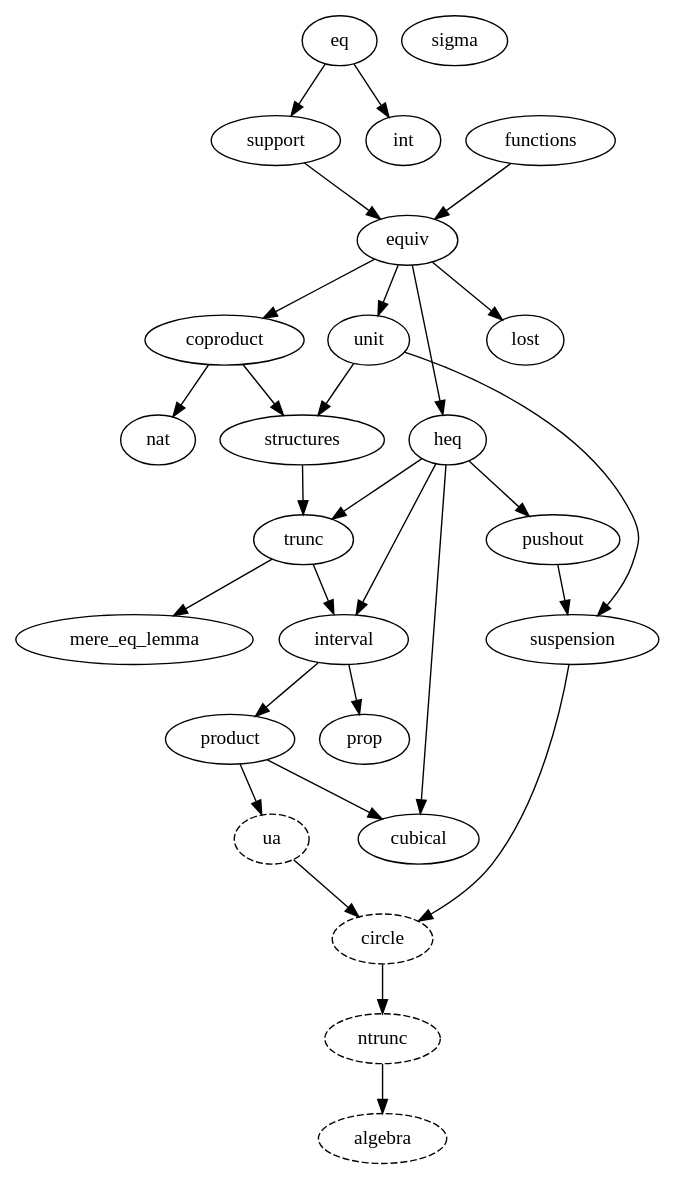
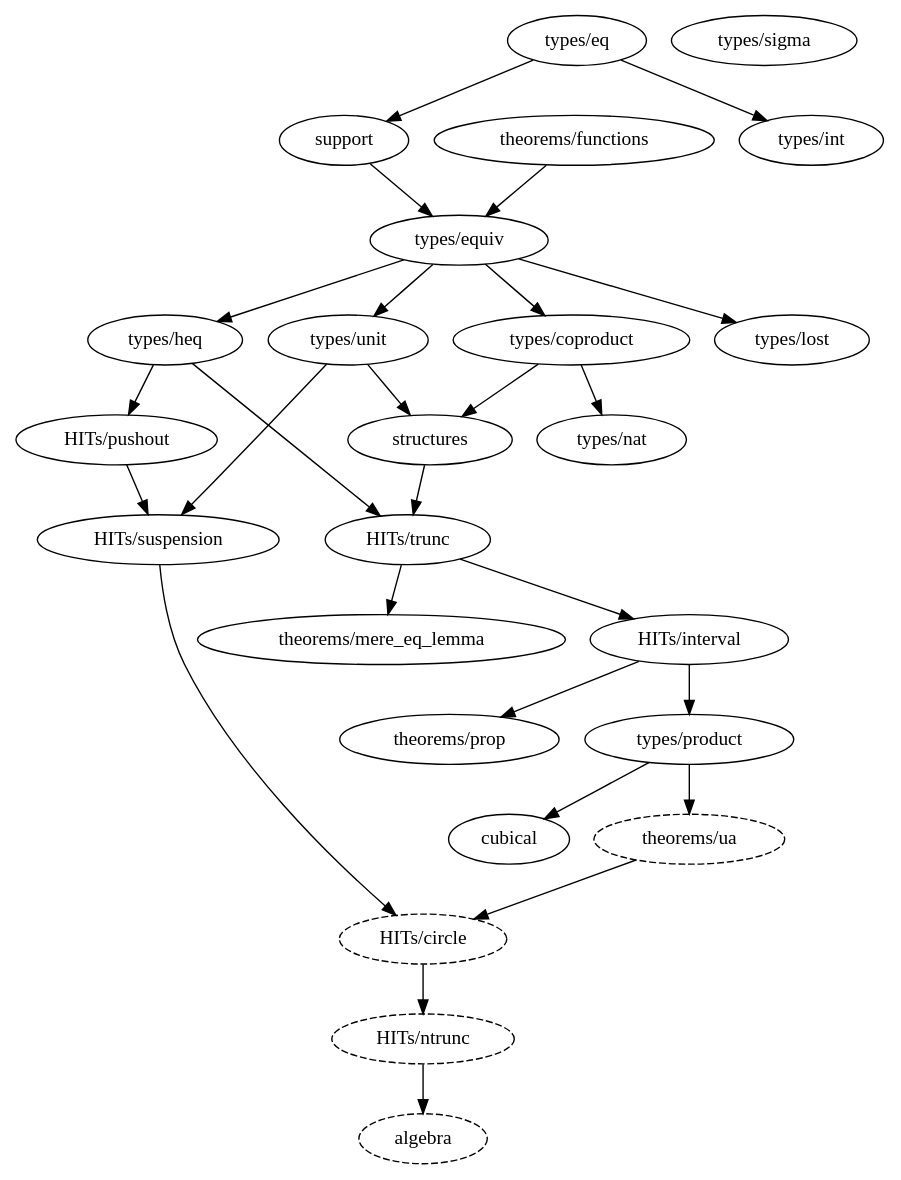
Before and after one commit to forked-from-1kasper/ground_zero: the diagram in dependency_map.gv, drawn with Graphviz. The commit also changed 25 other files, not shown here.

```diff
--- a/dependency_map.gv
+++ b/dependency_map.gv
@@ -1,56 +1,54 @@
 digraph dependency_map {
   algebra [style=dashed]
-  ntrunc -> algebra
+  "HITs/ntrunc" -> algebra
 
-  circle [style=dashed]
-  suspension -> circle
-  ua -> circle
+  "HITs/circle" [style=dashed]
+  "HITs/suspension" -> "HITs/circle"
+  "theorems/ua" -> "HITs/circle"
 
-  equiv -> coproduct
+  "types/equiv" -> "types/coproduct"
 
-  heq -> cubical
-  product -> cubical
+  "types/product" -> cubical
 
-  equiv -> heq
+  "types/equiv" -> "types/heq"
 
-  support -> equiv
-  functions -> equiv
+  support -> "types/equiv"
+  "theorems/functions" -> "types/equiv"
 
-  eq -> int
+  "types/eq" -> "types/int"
 
-  trunc -> interval
-  heq -> interval
+  "HITs/trunc" -> "HITs/interval"
 
-  trunc -> mere_eq_lemma
+  "HITs/trunc" -> "theorems/mere_eq_lemma"
 
-  ntrunc [style=dashed]
-  circle -> ntrunc
+  "HITs/ntrunc" [style=dashed]
+  "HITs/circle" -> "HITs/ntrunc"
 
-  interval -> product
+  "HITs/interval" -> "types/product"
 
-  interval -> prop
+  "HITs/interval" -> "theorems/prop"
 
-  heq -> pushout
+  "types/heq" -> "HITs/pushout"
 
-  unit -> structures
-  coproduct -> structures
+  "types/unit" -> structures
+  "types/coproduct" -> structures
 
-  eq -> support
+  "types/eq" -> support
 
-  pushout -> suspension
-  unit -> suspension
+  "HITs/pushout" -> "HITs/suspension"
+  "types/unit" -> "HITs/suspension"
 
-  structures -> trunc
-  heq -> trunc
+  structures -> "HITs/trunc"
+  "types/heq" -> "HITs/trunc"
 
-  ua [style=dashed]
-  product -> ua
+  "theorems/ua" [style=dashed]
+  "types/product" -> "theorems/ua"
 
-  equiv -> unit
+  "types/equiv" -> "types/unit"
 
-  coproduct -> nat
+  "types/coproduct" -> "types/nat"
 
-  equiv -> lost
+  "types/equiv" -> "types/lost"
 
-  sigma
+  "types/sigma"
 }
```
